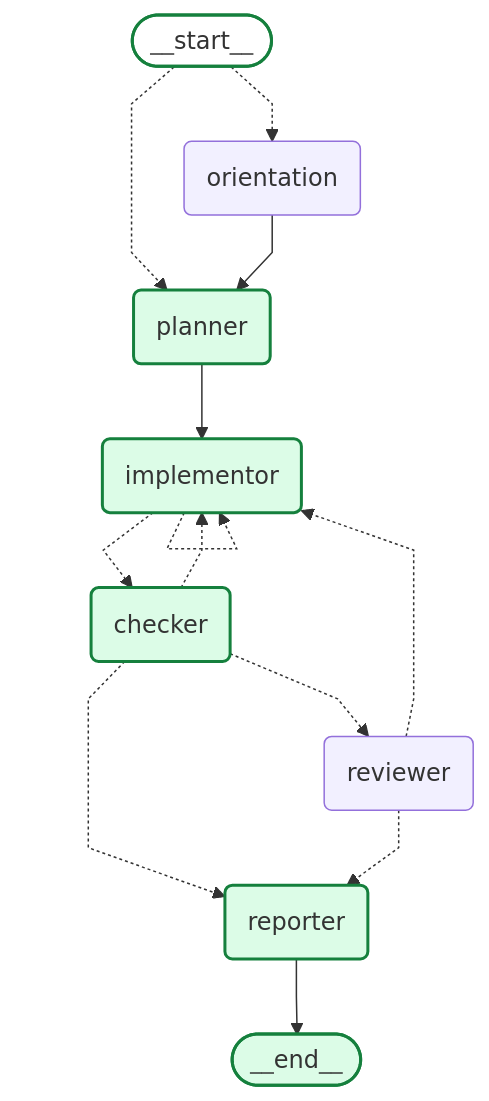
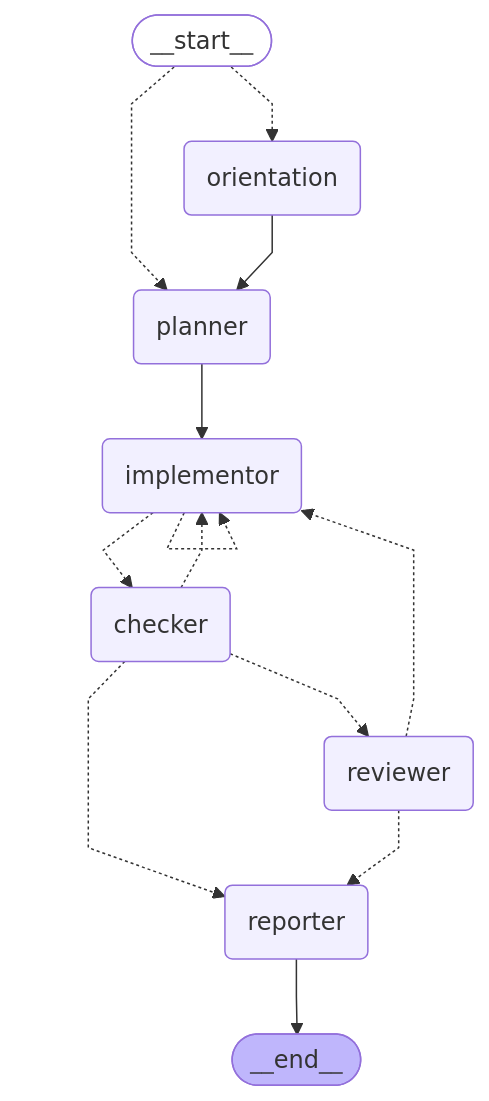
Before and after one commit to daniell0gda/hermes-feature-check-dashboard: the diagram in latest/graph.mmd, drawn with Mermaid. The commit also changed 22 other files, not shown here.

```diff
--- a/latest/graph.mmd
+++ b/latest/graph.mmd
@@ -1,39 +1,29 @@
 ---
 config:
   flowchart:
     curve: linear
 ---
 graph TD;
 	__start__([<p>__start__</p>]):::first
 	orientation(orientation)
 	planner(planner)
 	implementor(implementor)
 	checker(checker)
 	reviewer(reviewer)
 	reporter(reporter)
 	__end__([<p>__end__</p>]):::last
 	__start__ -.-> orientation;
 	__start__ -.-> planner;
 	checker -.-> implementor;
 	checker -.-> reporter;
 	checker -.-> reviewer;
 	implementor -.-> checker;
 	orientation --> planner;
 	planner --> implementor;
 	reviewer -.-> implementor;
 	reviewer -.-> reporter;
 	reporter --> __end__;
 	implementor -.-> implementor;
 	classDef default fill:#f2f0ff,line-height:1.2
 	classDef first fill-opacity:0
 	classDef last fill:#bfb6fc
-
-classDef done fill:#dcfce7,stroke:#15803d,stroke-width:2px;
-classDef active fill:#dbeafe,stroke:#2563eb,stroke-width:3px;
-classDef failed fill:#fee2e2,stroke:#b42318,stroke-width:2px;
-class planner done;
-class checker done;
-class implementor done;
-class reporter done;
-class __start__ done;
-class __end__ done;
```
